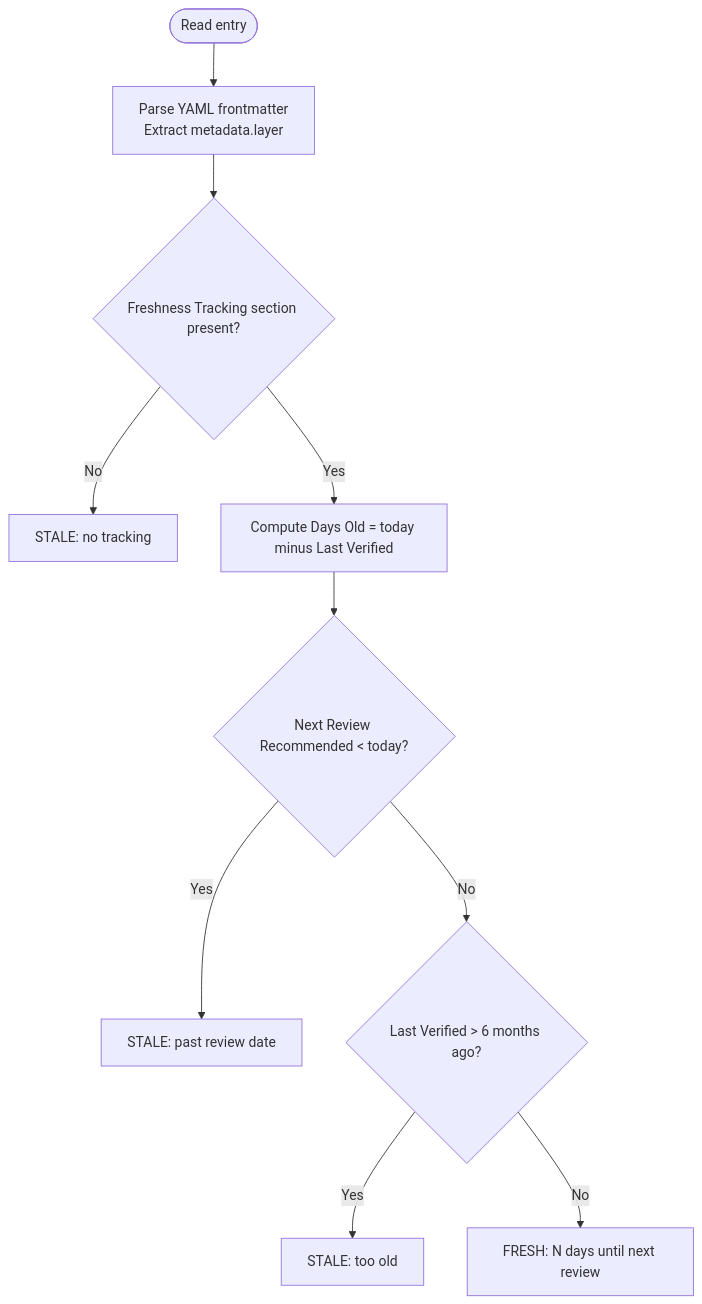
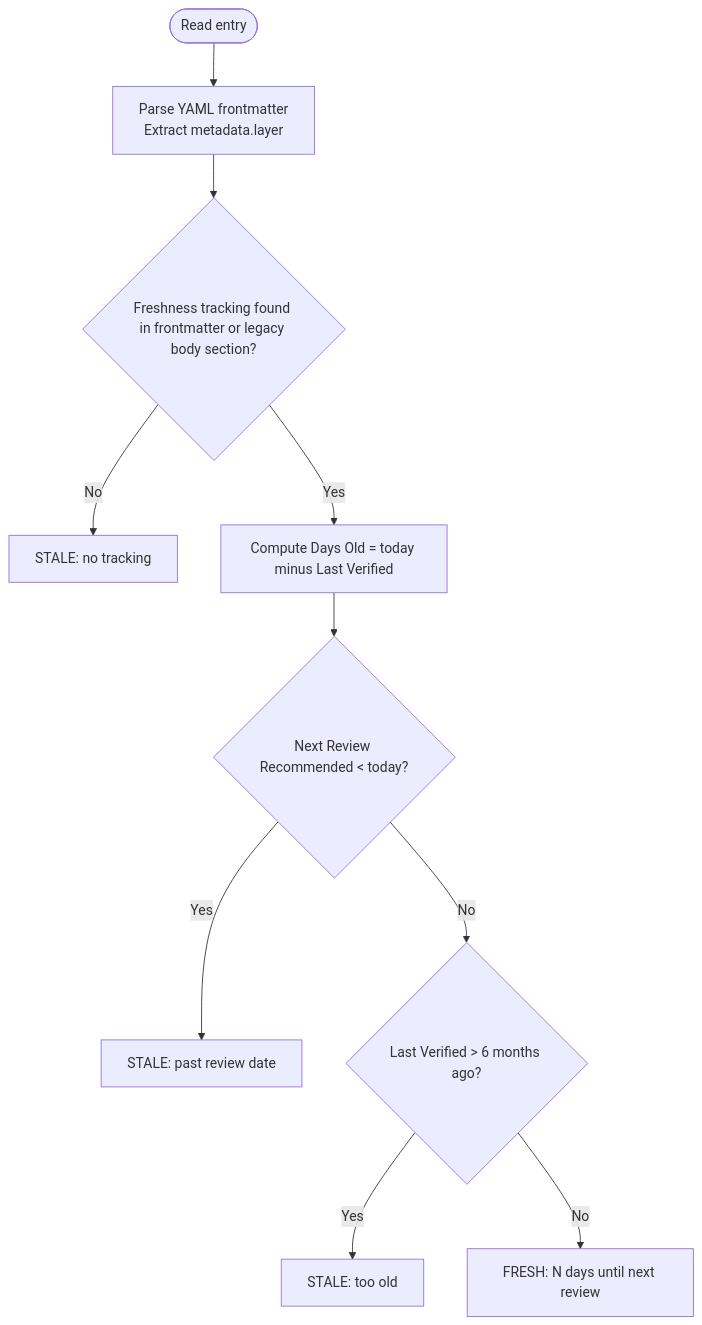
Before and after one commit to Jamie-BitFlight/claude_skills: the diagram in .claude/skills/refresh-research/SKILL.md, drawn with Mermaid. The commit also changed other lines of this file and 16 other files, not shown here.

````diff
--- a/.claude/skills/refresh-research/SKILL.md
+++ b/.claude/skills/refresh-research/SKILL.md
@@ -33,12 +33,12 @@
 ```mermaid
 flowchart TD
     Start([Read entry]) --> ParseFM[Parse YAML frontmatter<br>Extract metadata.layer]
-    ParseFM --> HasFreshness{Freshness Tracking section present?}
+    ParseFM --> HasFreshness{Freshness tracking found in frontmatter or legacy body section?}
     HasFreshness -->|No| Stale1[STALE: no tracking]
     HasFreshness -->|Yes| ComputeDays[Compute Days Old = today minus Last Verified]
     ComputeDays --> PastDue{Next Review Recommended < today?}
     PastDue -->|Yes| Stale2[STALE: past review date]
     PastDue -->|No| TooOld{Last Verified > 6 months ago?}
     TooOld -->|Yes| Stale3[STALE: too old]
     TooOld -->|No| Fresh[FRESH: N days until next review]
 ```
````
